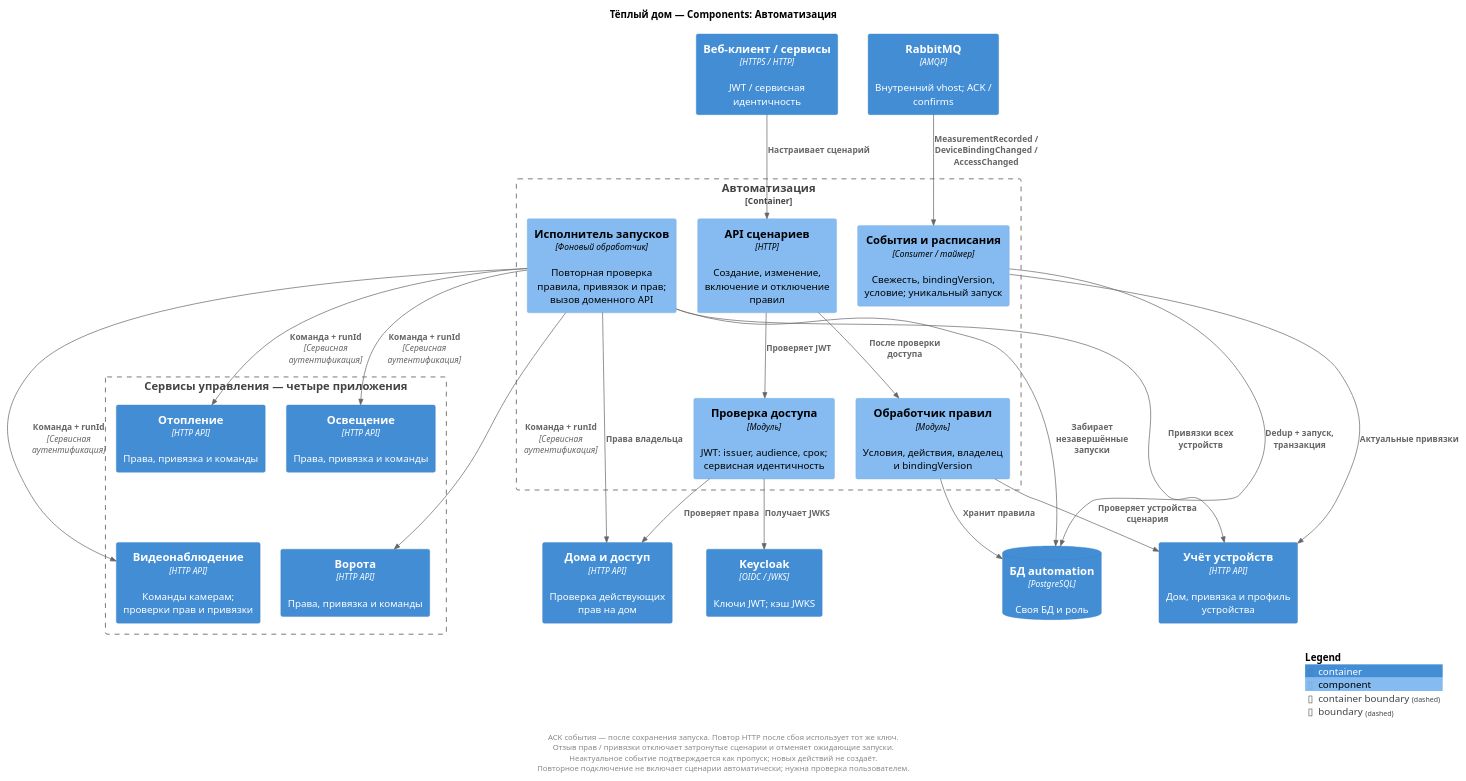
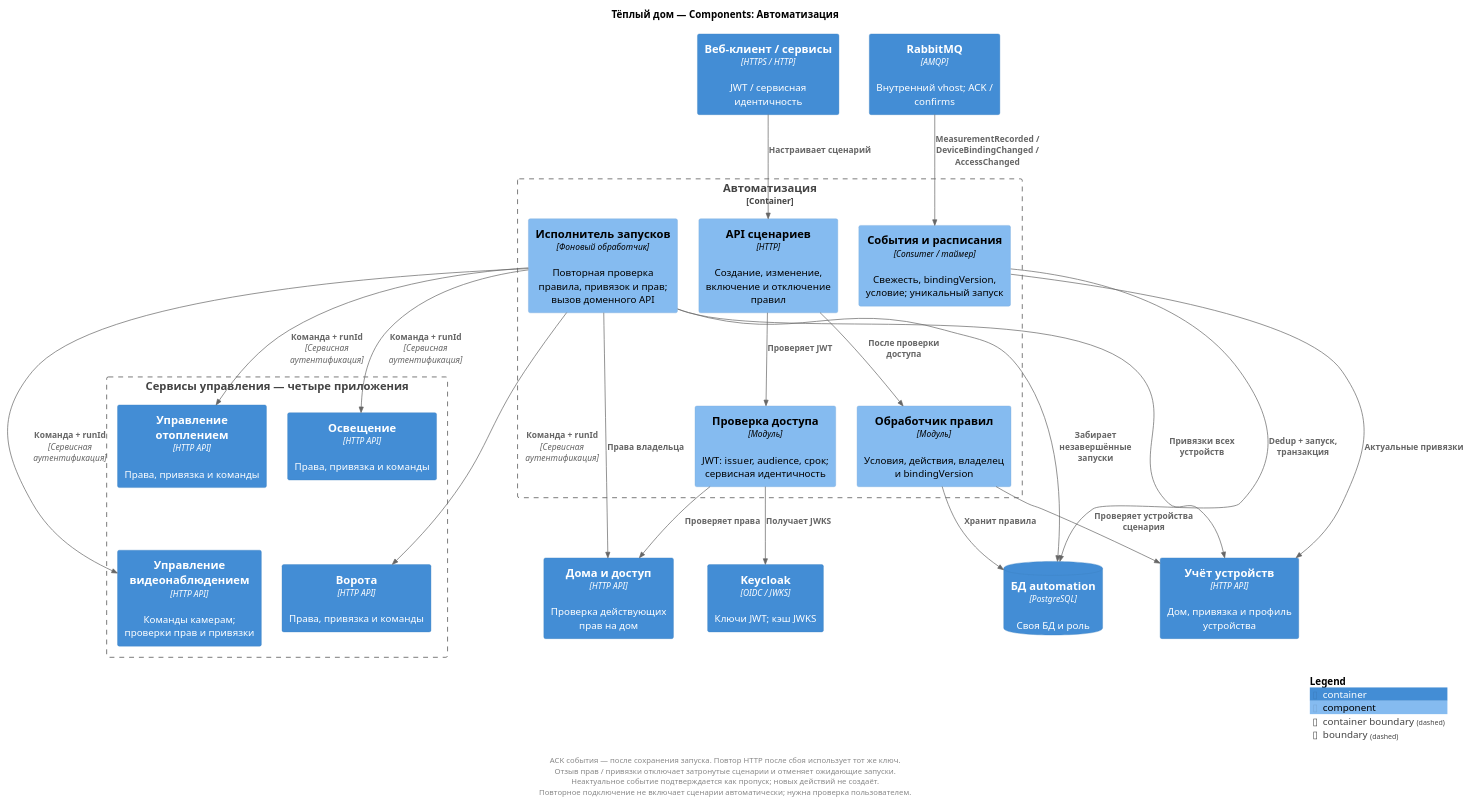
The diagram in diagrams/components/automation.puml (AndyMcFishka/architecture-pro-warmhouse), drawn with PlantUML before and after one commit. The commit also changed 11 other files, not shown here.

```diff
--- a/diagrams/components/automation.puml
+++ b/diagrams/components/automation.puml
@@ -1,56 +1,56 @@
 @startuml
 !include <C4/C4_Component>
 title Тёплый дом — Components: Автоматизация
 LAYOUT_TOP_DOWN()
 skinparam nodesep 30
 skinparam ranksep 50
 
 Container(client, "Веб-клиент / сервисы", "HTTPS / HTTP", "JWT / сервисная идентичность")
 Container(idp, "Keycloak", "OIDC / JWKS", "Ключи JWT; кэш JWKS")
 Container(access, "Дома и доступ", "HTTP API", "Проверка действующих прав на дом")
 Container(registry, "Учёт устройств", "HTTP API", "Дом, привязка и профиль устройства")
 Container(broker, "RabbitMQ", "AMQP", "Внутренний vhost; ACK / confirms")
 Boundary(command_services, "Сервисы управления — четыре приложения") {
-  Container(heating, "Отопление", "HTTP API", "Права, привязка и команды")
+  Container(heating, "Управление отоплением", "HTTP API", "Права, привязка и команды")
   Container(lighting, "Освещение", "HTTP API", "Права, привязка и команды")
   Container(gates, "Ворота", "HTTP API", "Права, привязка и команды")
-  Container(video, "Видеонаблюдение", "HTTP API", "Команды камерам; проверки прав и привязки")
+  Container(video, "Управление видеонаблюдением", "HTTP API", "Команды камерам; проверки прав и привязки")
 }
 Container_Boundary(service, "Автоматизация") {
   Component(api, "API сценариев", "HTTP", "Создание, изменение, включение и отключение правил")
   Component(auth, "Проверка доступа", "Модуль", "JWT: issuer, audience, срок; сервисная идентичность")
   Component(rules, "Обработчик правил", "Модуль", "Условия, действия, владелец и bindingVersion")
   Component(triggers, "События и расписания", "Consumer / таймер", "Свежесть, bindingVersion, условие; уникальный запуск")
   Component(runner, "Исполнитель запусков", "Фоновый обработчик", "Повторная проверка правила, привязок и прав; вызов доменного API")
 }
 ContainerDb(db, "БД automation", "PostgreSQL", "Своя БД и роль")
 
 Rel(client, api, "Настраивает сценарий", "")
 Rel(api, auth, "Проверяет JWT", "")
 Rel(auth, idp, "Получает JWKS", "")
 Rel(auth, access, "Проверяет права", "")
 Rel(api, rules, "После проверки доступа", "")
 Rel(rules, registry, "Проверяет устройства сценария", "")
 Rel(rules, db, "Хранит правила", "")
 Rel(broker, triggers, "MeasurementRecorded / DeviceBindingChanged / AccessChanged", "")
 Rel(triggers, registry, "Актуальные привязки", "")
 Rel(runner, registry, "Привязки всех устройств", "")
 Rel(triggers, db, "Dedup + запуск, транзакция", "")
 Rel(runner, db, "Забирает незавершённые запуски", "")
 Rel(runner, access, "Права владельца", "")
 Rel(runner, heating, "Команда + runId", "Сервисная аутентификация")
 Rel(runner, lighting, "Команда + runId", "Сервисная аутентификация")
 Rel(runner, gates, "Команда + runId", "Сервисная аутентификация")
 footer
 ACK события — после сохранения запуска. Повтор HTTP после сбоя использует тот же ключ.
 Отзыв прав / привязки отключает затронутые сценарии и отменяет ожидающие запуски.
 Неактуальное событие подтверждается как пропуск; новых действий не создаёт.
 Повторное подключение не включает сценарии автоматически; нужна проверка пользователем.
 end footer
 Rel(runner, video, "Команда + runId", "Сервисная аутентификация")
 skinparam footerFontSize 11
 Lay_R(heating, lighting)
 Lay_D(heating, gates)
 Lay_R(gates, video)
 SHOW_LEGEND()
 @enduml
```
